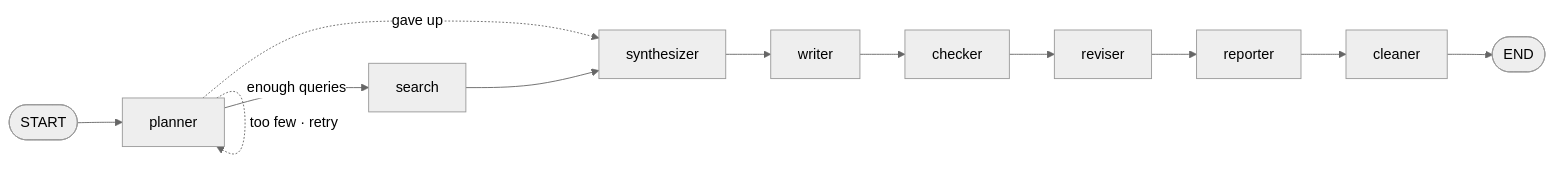
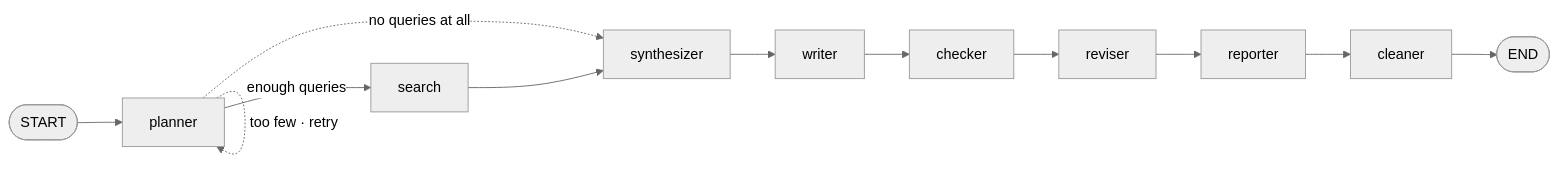
The diagram in README.md (rocknroll17/langgraph_news_agent), drawn with Mermaid (neutral theme) before and after one commit. The commit also changed 5 other files, not shown here.

````diff
--- a/README.md
+++ b/README.md
@@ -48,14 +48,14 @@
 ```mermaid
 flowchart LR
     ST([START]) --> P[planner]
     P -->|enough queries| S[search]
     P -.->|too few · retry| P
-    P -.->|gave up| SY
+    P -.->|no queries at all| SY
     S --> SY[synthesizer]
     SY --> W[writer]
     W --> C[checker]
     C --> R[reviser]
     R --> RP[reporter]
     RP --> CL[cleaner]
     CL --> E([END])
 ```
````
